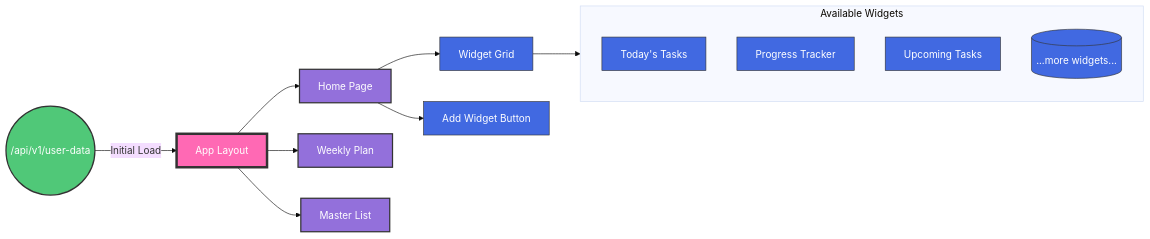
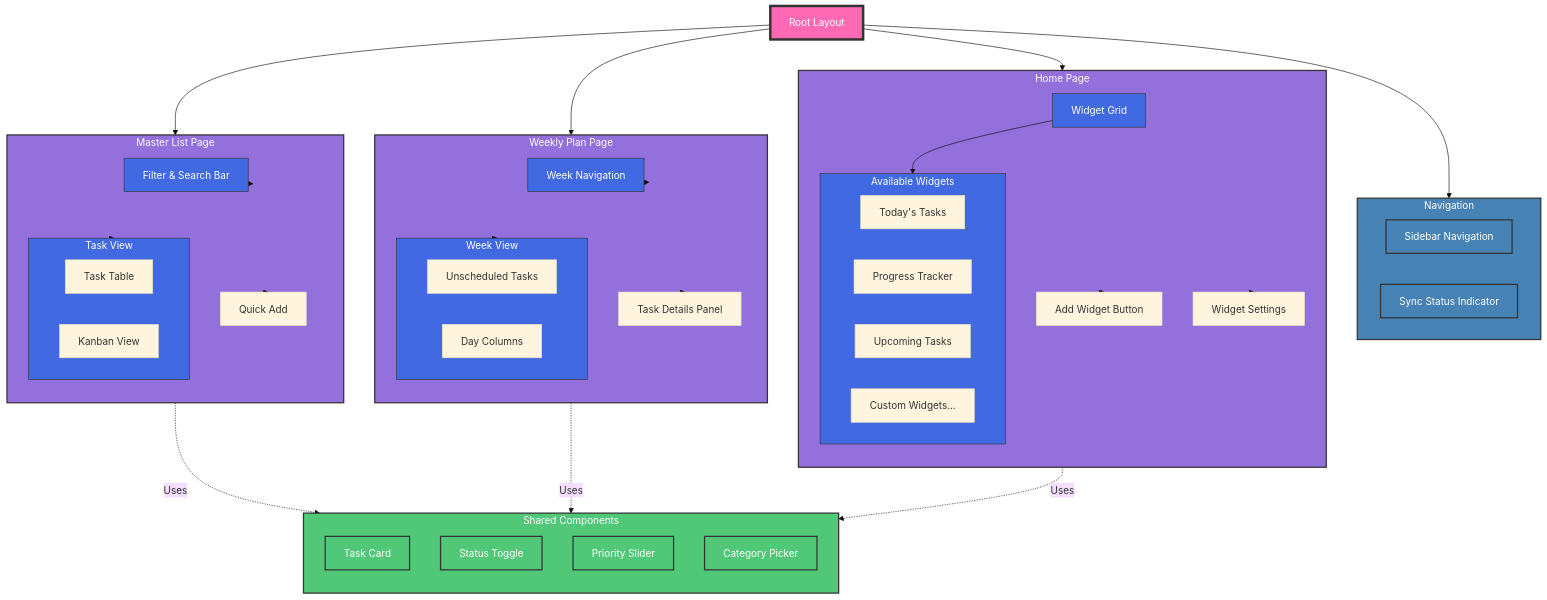
One commit to DanGiannone1/life_manager changed the second of 2 diagrams in design_document_v2.md. Above: the diagram before and after it, drawn with Mermaid (base theme). The commit also changed other lines of this file, not shown here.

````diff
--- a/design_document_v2.md
+++ b/design_document_v2.md
@@ -15,48 +855,93 @@
 ```mermaid
-flowchart LR
-    %% Core Layout
-    API((/api/v1/user-data))
-    App[App Layout]
+flowchart TB
+    %% Root Layout
+    Root[Root Layout]
     
-    %% Pages
-    Home[Home Page]
-    Weekly[Weekly Plan]
-    Master[Master List]
-    
-    %% Home Page Components
-    Widget[Widget Grid]
-    AddBtn[Add Widget Button]
-    
-    %% Widget Types subgraph
-    subgraph Widgets [Available Widgets]
-        direction TB
-        Today[Today's Tasks]
-        Progress[Progress Tracker]
-        Upcoming[Upcoming Tasks]
-        More[(...more widgets...)]
+    %% Navigation
+    subgraph Nav [Navigation]
+        Sidebar[Sidebar Navigation]
+        SyncStatus[Sync Status Indicator]
     end
     
-    %% Data Flow
-    API -->|Initial Load| App
+    %% Pages with their components
+    subgraph HomePage [Home Page]
+        direction TB
+        WidgetGrid[Widget Grid]
+        subgraph Widgets [Available Widgets]
+            TodayTasks[Today's Tasks]
+            Progress[Progress Tracker]
+            Upcoming[Upcoming Tasks]
+            CustomWidget[Custom Widgets...]
+        end
+        AddWidget[Add Widget Button]
+        WidgetSettings[Widget Settings]
+    end
+
+    subgraph WeeklyPlan [Weekly Plan Page]
+        direction TB
+        WeekNav[Week Navigation]
+        subgraph WeekView [Week View]
+            UnscheduledTasks[Unscheduled Tasks]
+            DayColumns[Day Columns]
+        end
+        TaskDetails[Task Details Panel]
+    end
+
+    subgraph MasterList [Master List Page]
+        direction TB
+        FilterBar[Filter & Search Bar]
+        subgraph TaskView [Task View]
+            TaskTable[Task Table]
+            KanbanView[Kanban View]
+        end
+        QuickAdd[Quick Add]
+    end
+
+    %% Shared Components
+    subgraph SharedComponents [Shared Components]
+        direction TB
+        TaskCard[Task Card]
+        StatusToggle[Status Toggle]
+        PrioritySlider[Priority Slider]
+        CategoryPicker[Category Picker]
+    end
+
+    %% Connections
+    Root --> Nav
+    Root --> HomePage
+    Root --> WeeklyPlan
+    Root --> MasterList
     
-    %% Page Structure
-    App --> Home
-    App --> Weekly
-    App --> Master
+    %% Home Page Connections
+    WidgetGrid --> Widgets
+    HomePage --> AddWidget
+    HomePage --> WidgetSettings
     
-    %% Home Page Component Structure
-    Home --> Widget
-    Home --> AddBtn
-    Widget --> Widgets
+    %% Weekly Plan Connections
+    WeeklyPlan --> WeekNav
+    WeeklyPlan --> WeekView
+    WeeklyPlan --> TaskDetails
     
+    %% Master List Connections
+    MasterList --> FilterBar
+    MasterList --> TaskView
+    MasterList --> QuickAdd
+    
+    %% Shared Component Usage
+    WeekView -.->|Uses| SharedComponents
+    TaskView -.->|Uses| SharedComponents
+    Widgets -.->|Uses| SharedComponents
+
     %% Styling
-    classDef apiNode fill:#50C878,stroke:#333,stroke-width:2px,color:white
-    classDef mainApp fill:#FF69B4,stroke:#333,stroke-width:4px,color:white
-    classDef pages fill:#9370DB,stroke:#333,stroke-width:2px,color:white
-    classDef components fill:#4169E1,stroke:#333,stroke-width:1px,color:white
+    classDef rootNode fill:#FF69B4,stroke:#333,stroke-width:4px,color:white
+    classDef navNode fill:#4682B4,stroke:#333,stroke-width:2px,color:white
+    classDef pageNode fill:#9370DB,stroke:#333,stroke-width:2px,color:white
+    classDef componentNode fill:#4169E1,stroke:#333,stroke-width:1px,color:white
+    classDef sharedNode fill:#50C878,stroke:#333,stroke-width:2px,color:white
     
-    class API apiNode
-    class App mainApp
-    class Home,Weekly,Master pages
-    class Widget,AddBtn,Today,Progress,Upcoming,More components
+    class Root rootNode
+    class Nav,Sidebar,SyncStatus navNode
+    class HomePage,WeeklyPlan,MasterList pageNode
+    class WidgetGrid,WeekNav,FilterBar,TaskView,WeekView,Widgets componentNode
+    class SharedComponents,TaskCard,StatusToggle,PrioritySlider,CategoryPicker sharedNode
 ```
````
